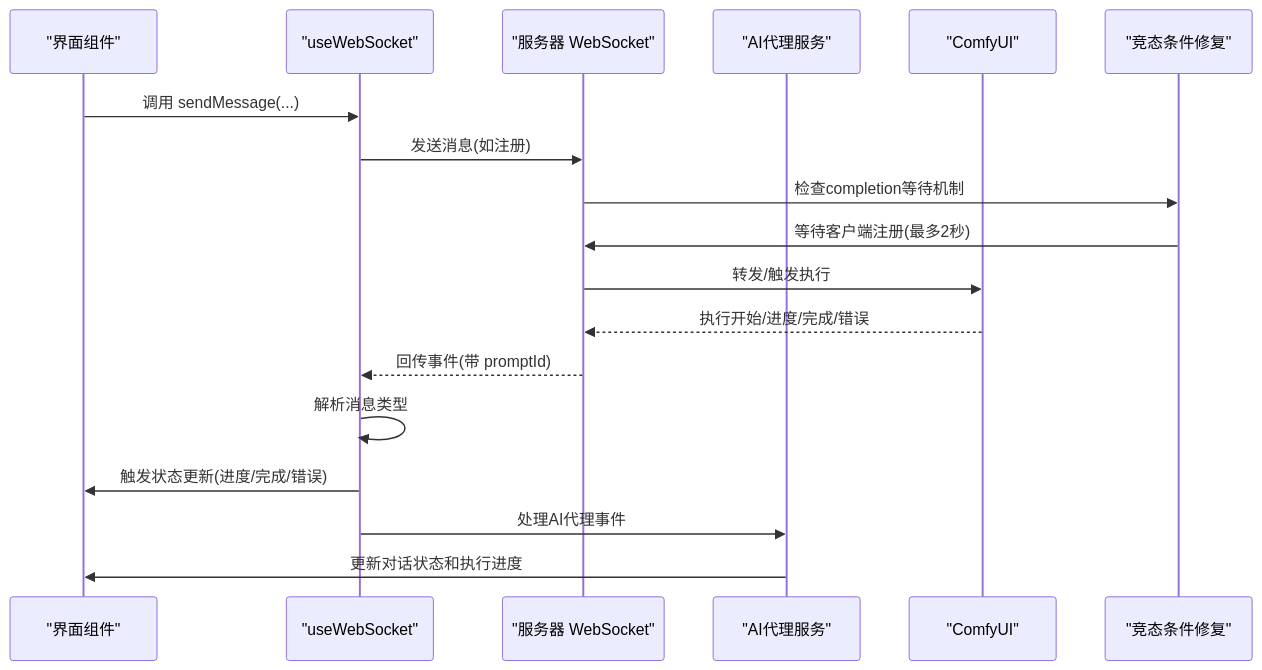
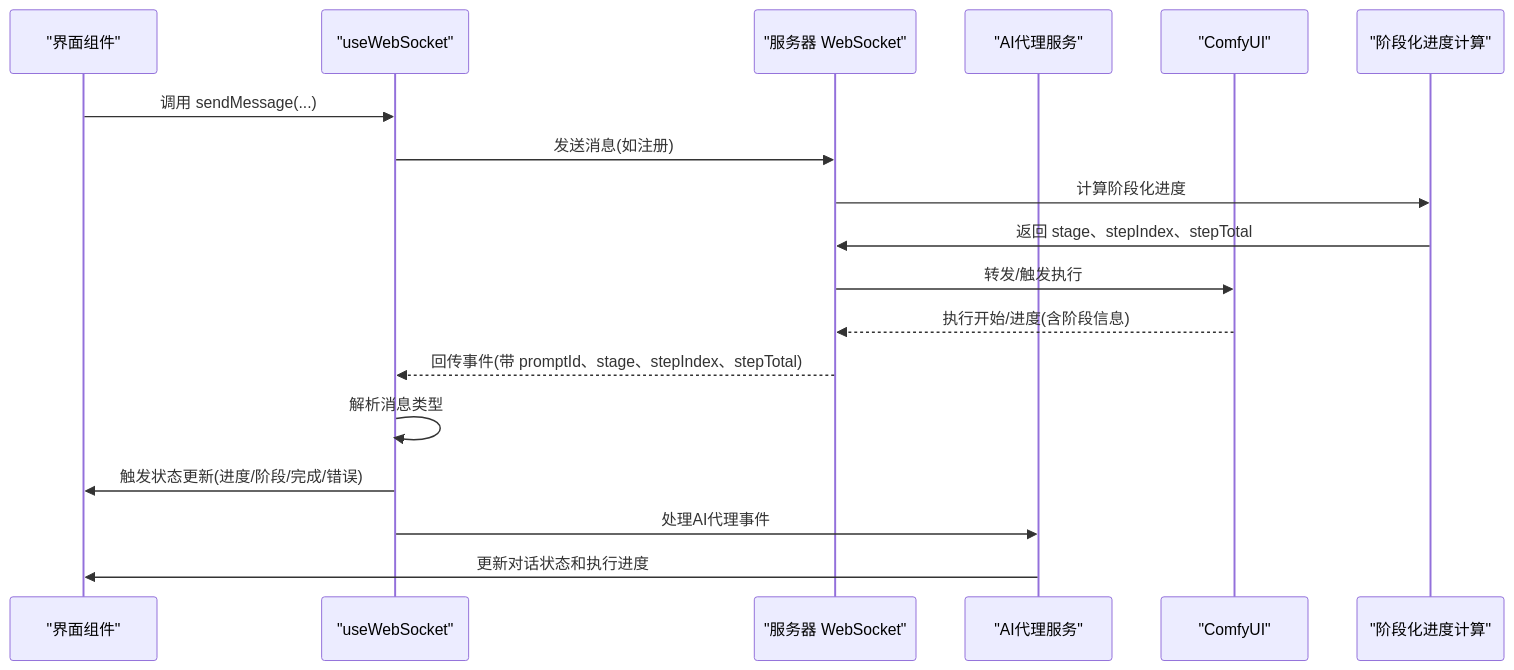
Before and after one commit to billye220670/CorineKit_Pix2Real: the second of 11 diagrams in .qoder/repowiki/zh/content/前端应用/WebSocket 通信.md, drawn with Mermaid. The commit also changed other lines of this file and 13 other files, not shown here.

````diff
--- a/.qoder/repowiki/zh/content/前端应用/WebSocket 通信.md
+++ b/.qoder/repowiki/zh/content/前端应用/WebSocket 通信.md
@@ -122,20 +135,20 @@
 ```mermaid
 sequenceDiagram
 participant UI as "界面组件"
 participant Hook as "useWebSocket"
 participant Srv as "服务器 WebSocket"
 participant Agent as "AI代理服务"
 participant Cfg as "ComfyUI"
-participant RaceFix as "竞态条件修复"
+participant StageCalc as "阶段化进度计算"
 UI->>Hook : 调用 sendMessage(...)
 Hook->>Srv : 发送消息(如注册)
-Srv->>RaceFix : 检查completion等待机制
-RaceFix->>Srv : 等待客户端注册(最多2秒)
+Srv->>StageCalc : 计算阶段化进度
+StageCalc->>Srv : 返回 stage、stepIndex、stepTotal
 Srv->>Cfg : 转发/触发执行
-Cfg-->>Srv : 执行开始/进度/完成/错误
-Srv-->>Hook : 回传事件(带 promptId)
+Cfg-->>Srv : 执行开始/进度(含阶段信息)
+Srv-->>Hook : 回传事件(带 promptId、stage、stepIndex、stepTotal)
 Hook->>Hook : 解析消息类型
-Hook->>UI : 触发状态更新(进度/完成/错误)
+Hook->>UI : 触发状态更新(进度/阶段/完成/错误)
 Hook->>Agent : 处理AI代理事件
 Agent->>UI : 更新对话状态和执行进度
 ```
````
